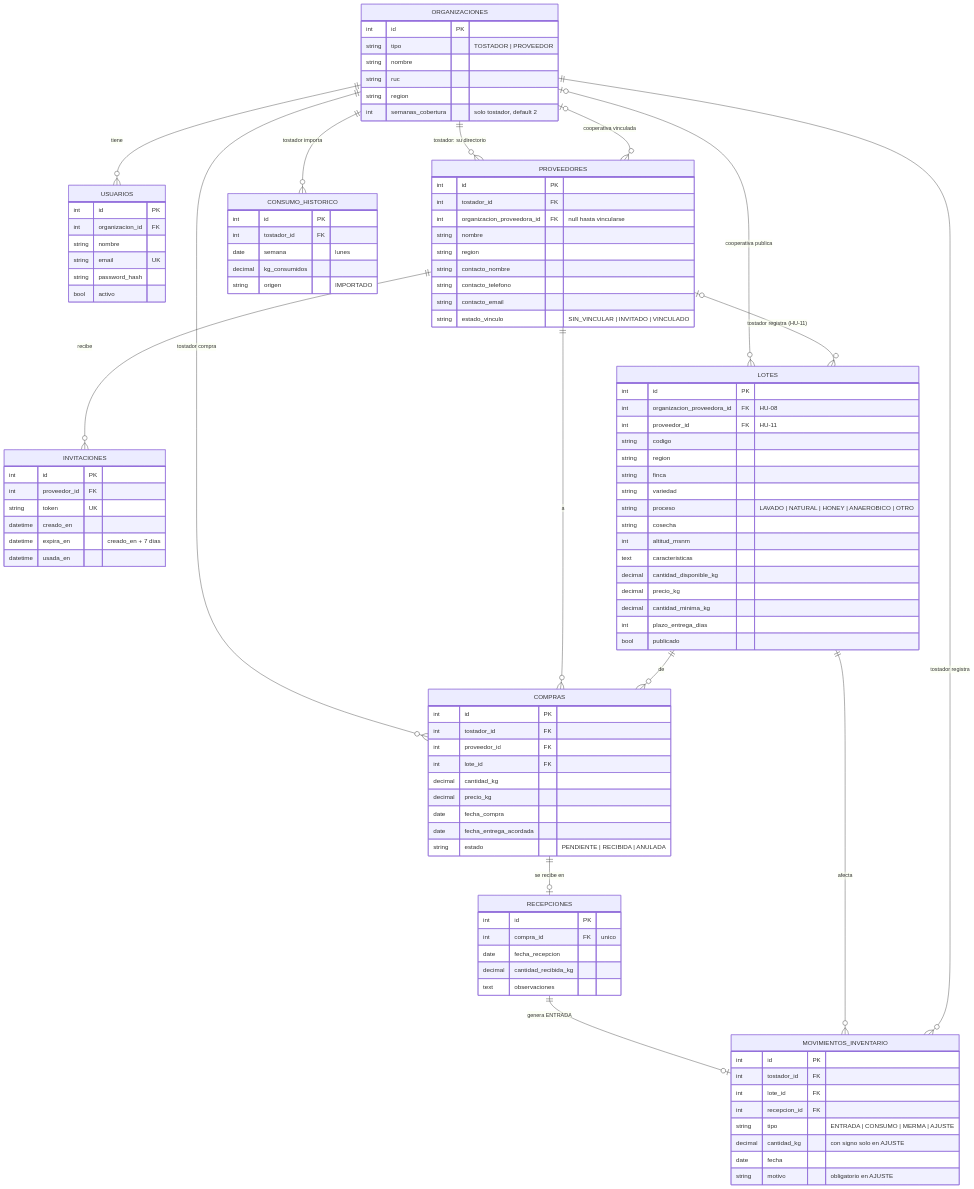
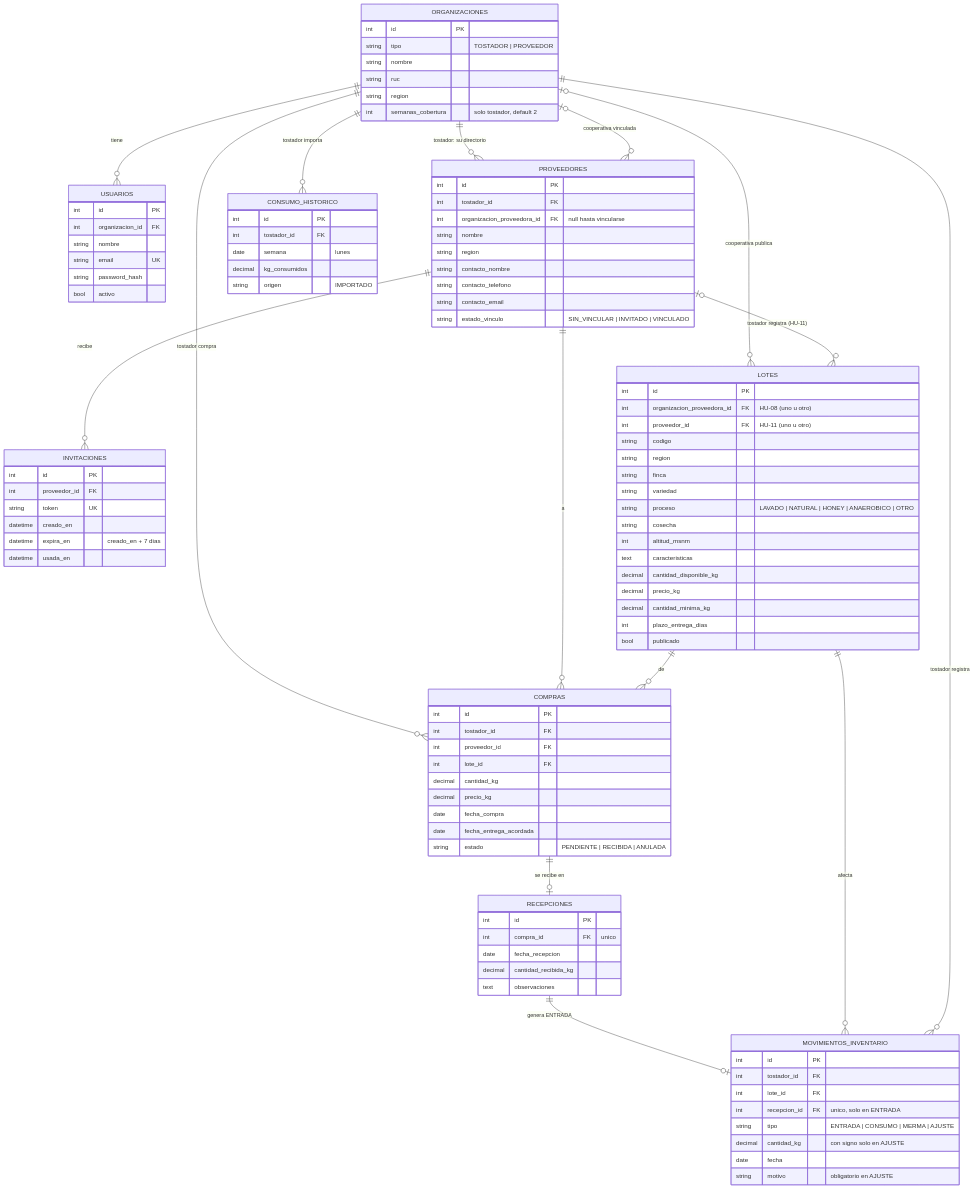
The diagram in docs/arquitectura/modelo-de-datos.md (OriginLink-Gerencia/origin-link), drawn with Mermaid before and after one commit. The commit also changed other lines of this file and 4 other files, not shown here.

```diff
--- a/docs/arquitectura/modelo-de-datos.md
+++ b/docs/arquitectura/modelo-de-datos.md
@@ -62,8 +62,8 @@
     }
     LOTES {
         int id PK
-        int organizacion_proveedora_id FK "HU-08"
-        int proveedor_id FK "HU-11"
+        int organizacion_proveedora_id FK "HU-08 (uno u otro)"
+        int proveedor_id FK "HU-11 (uno u otro)"
         string codigo
         string region
         string finca
@@ -100,7 +100,7 @@
         int id PK
         int tostador_id FK
         int lote_id FK
-        int recepcion_id FK
+        int recepcion_id FK "unico, solo en ENTRADA"
         string tipo "ENTRADA | CONSUMO | MERMA | AJUSTE"
         decimal cantidad_kg "con signo solo en AJUSTE"
         date fecha
```
